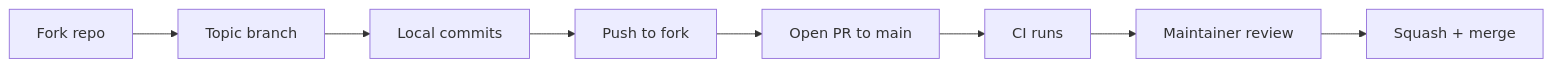
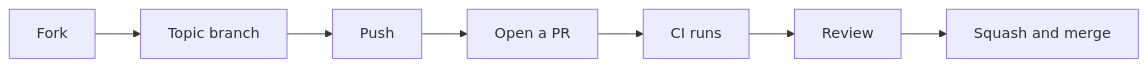
The diagram in docs/CONTRIBUTING.md (smusali/checkOwners), drawn with Mermaid before and after one commit. The commit also changed other lines of this file and 252 other files, not shown here.

````diff
--- a/docs/CONTRIBUTING.md
+++ b/docs/CONTRIBUTING.md
@@ -64,10 +52,9 @@
 ```mermaid
 flowchart LR
-    Fork[Fork repo] --> Branch[Topic branch]
-    Branch --> Local[Local commits]
-    Local --> Push[Push to fork]
-    Push --> PR[Open PR to main]
-    PR --> CI[CI runs]
-    CI --> Review[Maintainer review]
-    Review --> Merge[Squash + merge]
+  Fork["Fork"] --> Branch["Topic branch"]
+  Branch --> Push["Push"]
+  Push --> PR["Open a PR"]
+  PR --> CI["CI runs"]
+  CI --> Review["Review"]
+  Review --> Merge["Squash and merge"]
 ```
````
